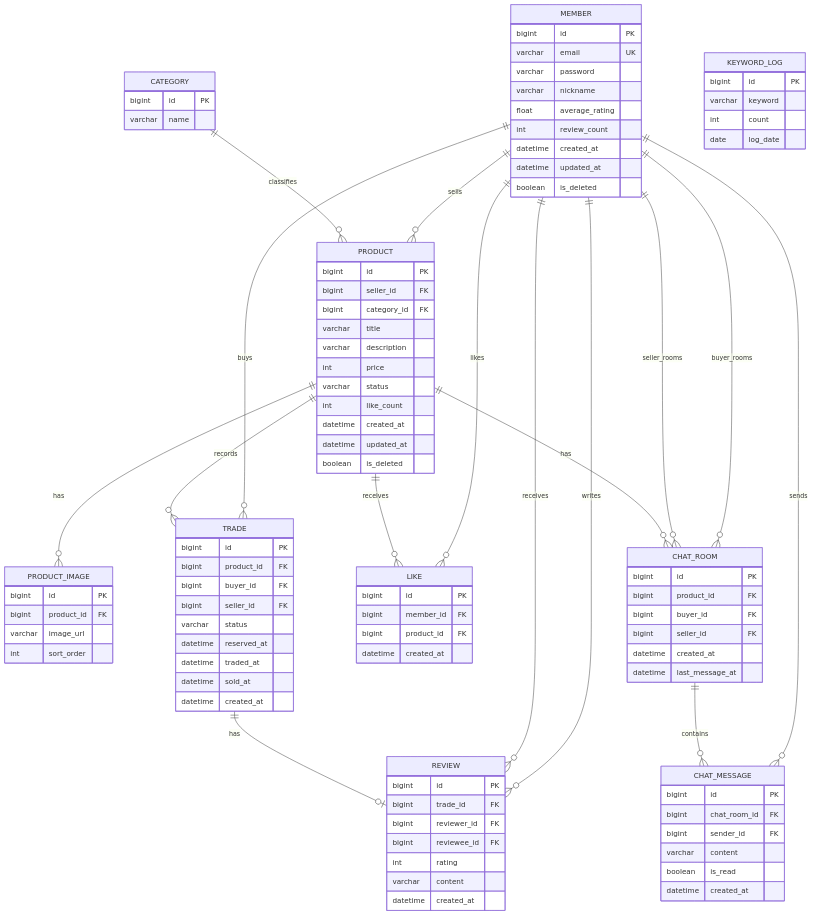
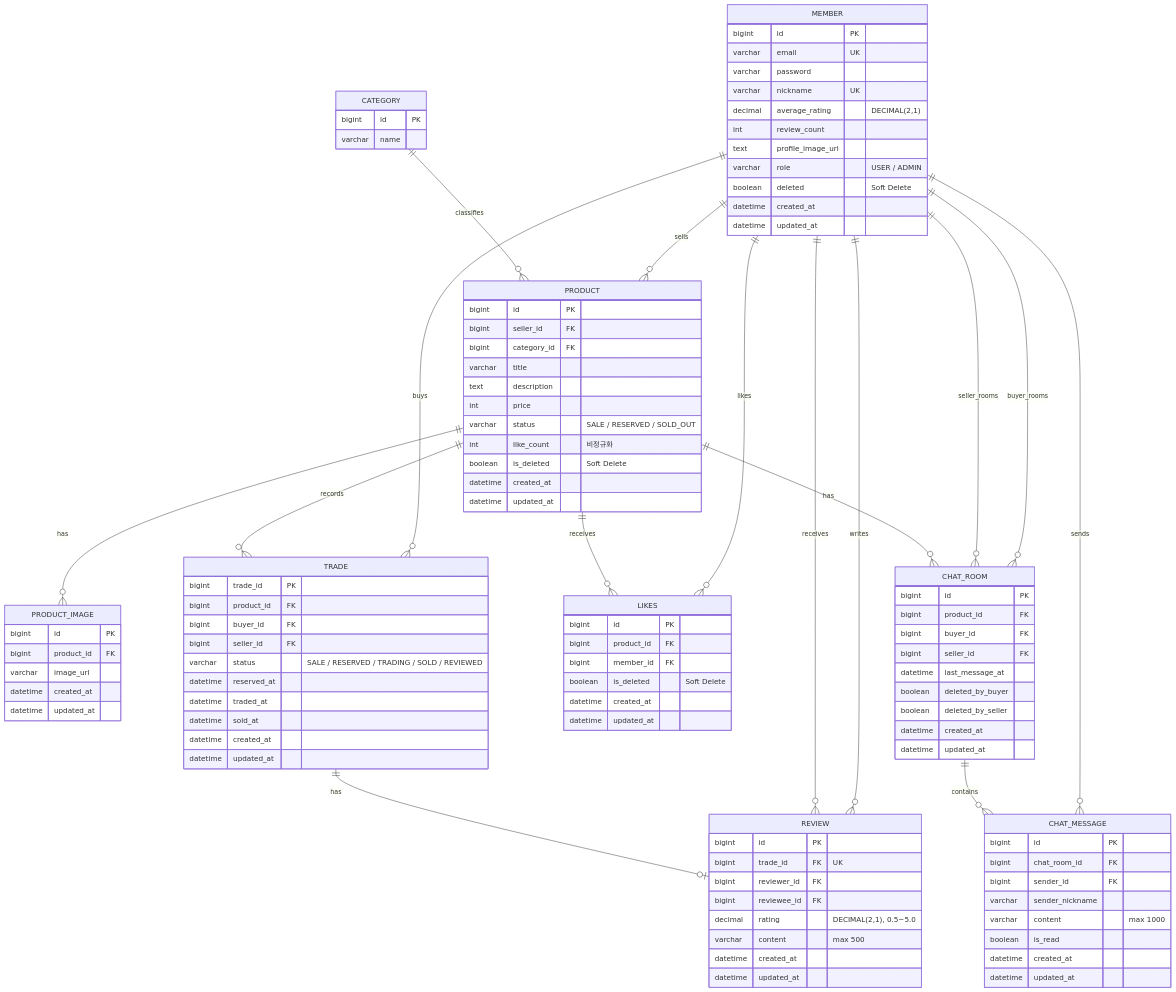
Before and after one commit to Team-5th-Chat-prj/Team-5th: the diagram in docs/SA/05-ERD.md, drawn with Mermaid. The commit also changed other lines of this file and 2 other files, not shown here.

Commit message:
feat: SA문서 수정

```diff
--- a/docs/SA/05-ERD.md
+++ b/docs/SA/05-ERD.md
@@ -15,12 +15,14 @@
         bigint id PK
         varchar email UK
         varchar password
-        varchar nickname
-        float average_rating
+        varchar nickname UK
+        decimal average_rating "DECIMAL(2,1)"
         int review_count
+        text profile_image_url
+        varchar role "USER / ADMIN"
+        boolean deleted "Soft Delete"
         datetime created_at
         datetime updated_at
-        boolean is_deleted
     }
 
     CATEGORY {
@@ -33,49 +35,54 @@
         bigint seller_id FK
         bigint category_id FK
         varchar title
-        varchar description
+        text description
         int price
-        varchar status
-        int like_count
+        varchar status "SALE / RESERVED / SOLD_OUT"
+        int like_count "비정규화"
+        boolean is_deleted "Soft Delete"
         datetime created_at
         datetime updated_at
-        boolean is_deleted
     }
 
     PRODUCT_IMAGE {
         bigint id PK
         bigint product_id FK
         varchar image_url
-        int sort_order
+        datetime created_at
+        datetime updated_at
     }
 
     TRADE {
-        bigint id PK
+        bigint trade_id PK
         bigint product_id FK
         bigint buyer_id FK
         bigint seller_id FK
-        varchar status
+        varchar status "SALE / RESERVED / TRADING / SOLD / REVIEWED"
         datetime reserved_at
         datetime traded_at
         datetime sold_at
         datetime created_at
+        datetime updated_at
     }
 
     REVIEW {
         bigint id PK
-        bigint trade_id FK
+        bigint trade_id FK "UK"
         bigint reviewer_id FK
         bigint reviewee_id FK
-        int rating
-        varchar content
+        decimal rating "DECIMAL(2,1), 0.5~5.0"
+        varchar content "max 500"
         datetime created_at
+        datetime updated_at
     }
 
-    LIKE {
+    LIKES {
         bigint id PK
+        bigint product_id FK
         bigint member_id FK
-        bigint product_id FK
+        boolean is_deleted "Soft Delete"
         datetime created_at
+        datetime updated_at
     }
 
     CHAT_ROOM {
@@ -83,29 +90,27 @@
         bigint product_id FK
         bigint buyer_id FK
         bigint seller_id FK
+        datetime last_message_at
+        boolean deleted_by_buyer
+        boolean deleted_by_seller
         datetime created_at
-        datetime last_message_at
+        datetime updated_at
     }
 
     CHAT_MESSAGE {
         bigint id PK
         bigint chat_room_id FK
         bigint sender_id FK
-        varchar content
+        varchar sender_nickname
+        varchar content "max 1000"
         boolean is_read
         datetime created_at
-    }
-
-    KEYWORD_LOG {
-        bigint id PK
-        varchar keyword
-        int count
-        date log_date
+        datetime updated_at
     }
 
     MEMBER ||--o{ PRODUCT : sells
     MEMBER ||--o{ TRADE : buys
-    MEMBER ||--o{ LIKE : likes
+    MEMBER ||--o{ LIKES : likes
     MEMBER ||--o{ REVIEW : writes
     MEMBER ||--o{ REVIEW : receives
     MEMBER ||--o{ CHAT_ROOM : buyer_rooms
@@ -116,7 +121,7 @@
 
     PRODUCT ||--o{ PRODUCT_IMAGE : has
     PRODUCT ||--o{ TRADE : records
-    PRODUCT ||--o{ LIKE : receives
+    PRODUCT ||--o{ LIKES : receives
     PRODUCT ||--o{ CHAT_ROOM : has
 
     TRADE ||--o| REVIEW : has
```
